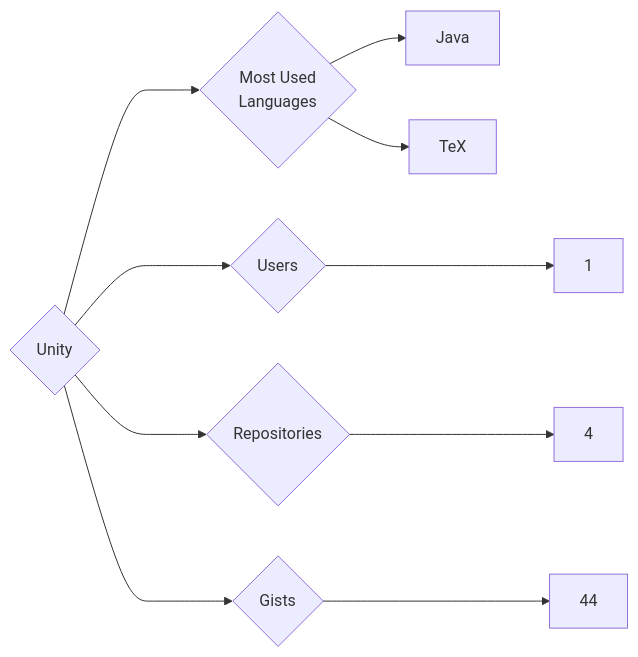
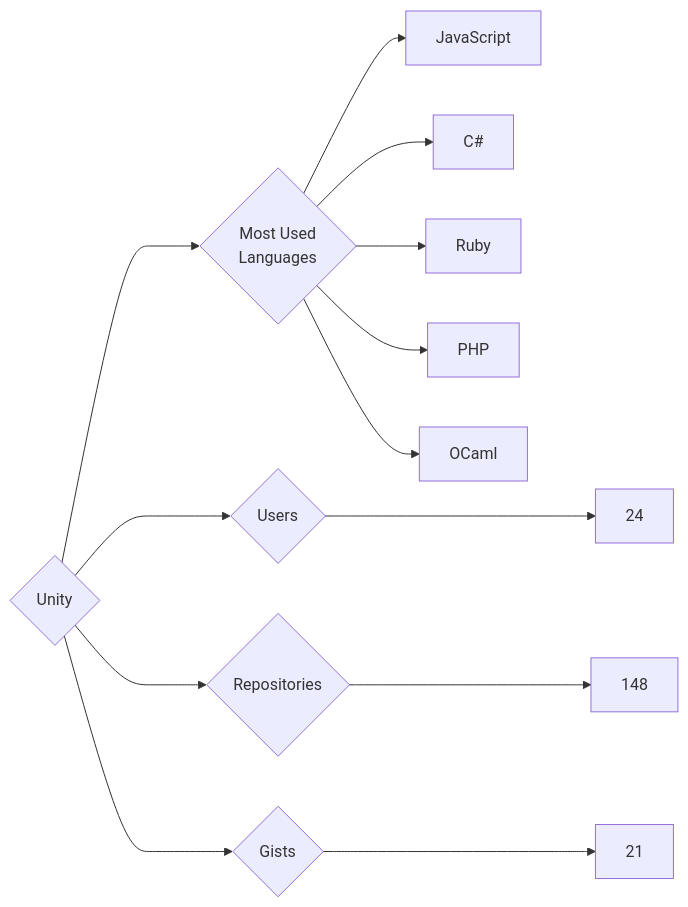
Before and after one commit to trickest/insiders: the diagram in targets/Unity/README.md, drawn with Mermaid. The commit also changed 677 other files, not shown here.

````diff
--- a/targets/Unity/README.md
+++ b/targets/Unity/README.md
@@ -3,10 +3,13 @@
 ```mermaid
 graph LR
 COMPANY_NAME{Unity}
-COMPANY_NAME ---> U{Users} ---> UN[1]
-COMPANY_NAME ---> R{Repositories} ---> RN[4]
-COMPANY_NAME ---> G{Gists} ---> GN[44]
+COMPANY_NAME ---> U{Users} ---> UN[24]
+COMPANY_NAME ---> R{Repositories} ---> RN[148]
+COMPANY_NAME ---> G{Gists} ---> GN[21]
 COMPANY_NAME ---> ML{Most Used<br>Languages}
-ML --> Java[Java]
-ML --> TeX[TeX]
+ML --> JavaScript[JavaScript]
+ML --> C#[C#]
+ML --> Ruby[Ruby]
+ML --> PHP[PHP]
+ML --> OCaml[OCaml]
 ```
````
